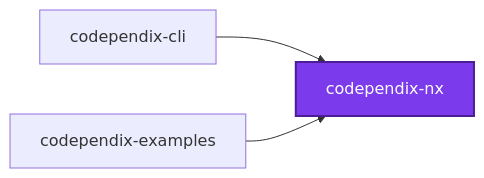
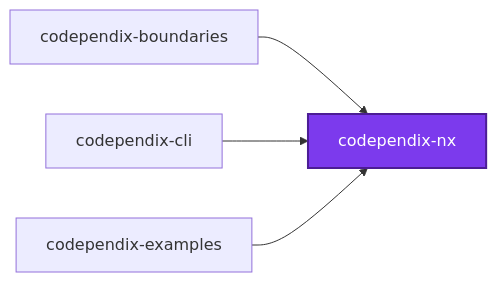
Before and after one commit to JimmyPaolini/codebase: the first of 3 diagrams in packages/codependix-nx/README.md, drawn with Mermaid. The commit also changed 19 other files, not shown here.

````diff
--- a/packages/codependix-nx/README.md
+++ b/packages/codependix-nx/README.md
@@ -14,10 +14,12 @@
 ```mermaid
 graph LR
+  codependix_boundaries["codependix-boundaries"]
   codependix_cli["codependix-cli"]
   codependix_examples["codependix-examples"]
   codependix_nx["codependix-nx"]
+  codependix_boundaries --> codependix_nx
   codependix_cli --> codependix_nx
   codependix_examples --> codependix_nx
   classDef subject fill:#7c3aed,color:#fff,stroke:#4c1d95,stroke-width:2px
   class codependix_nx subject
 ```
````
